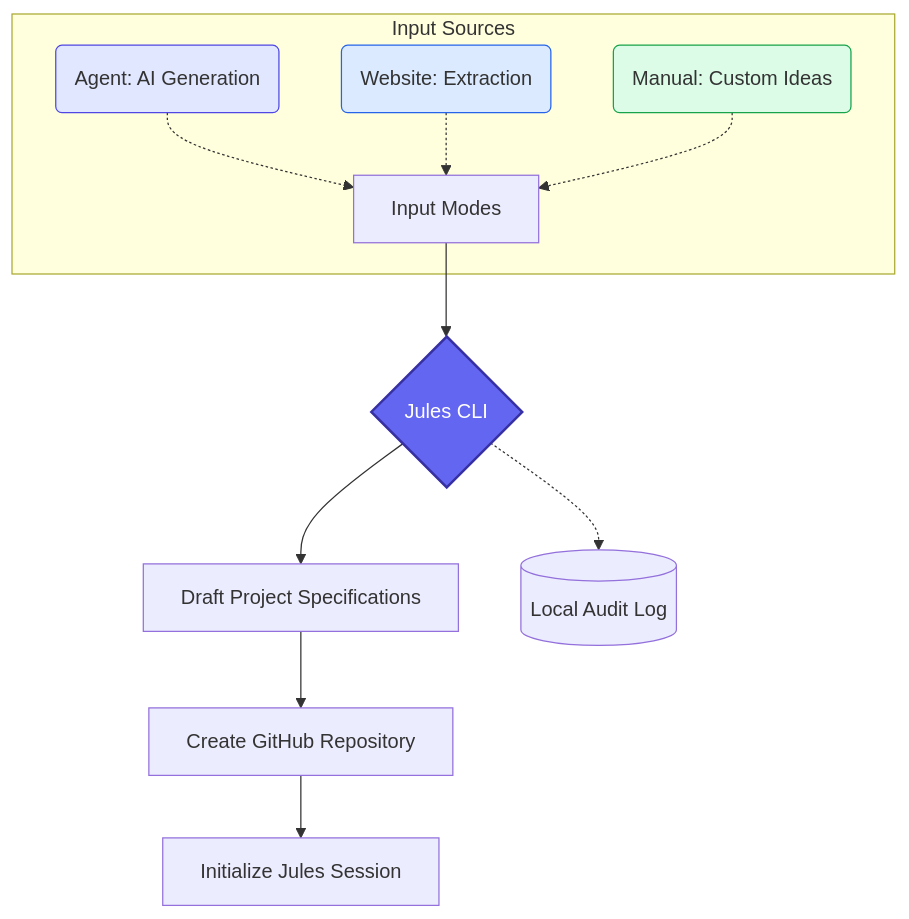
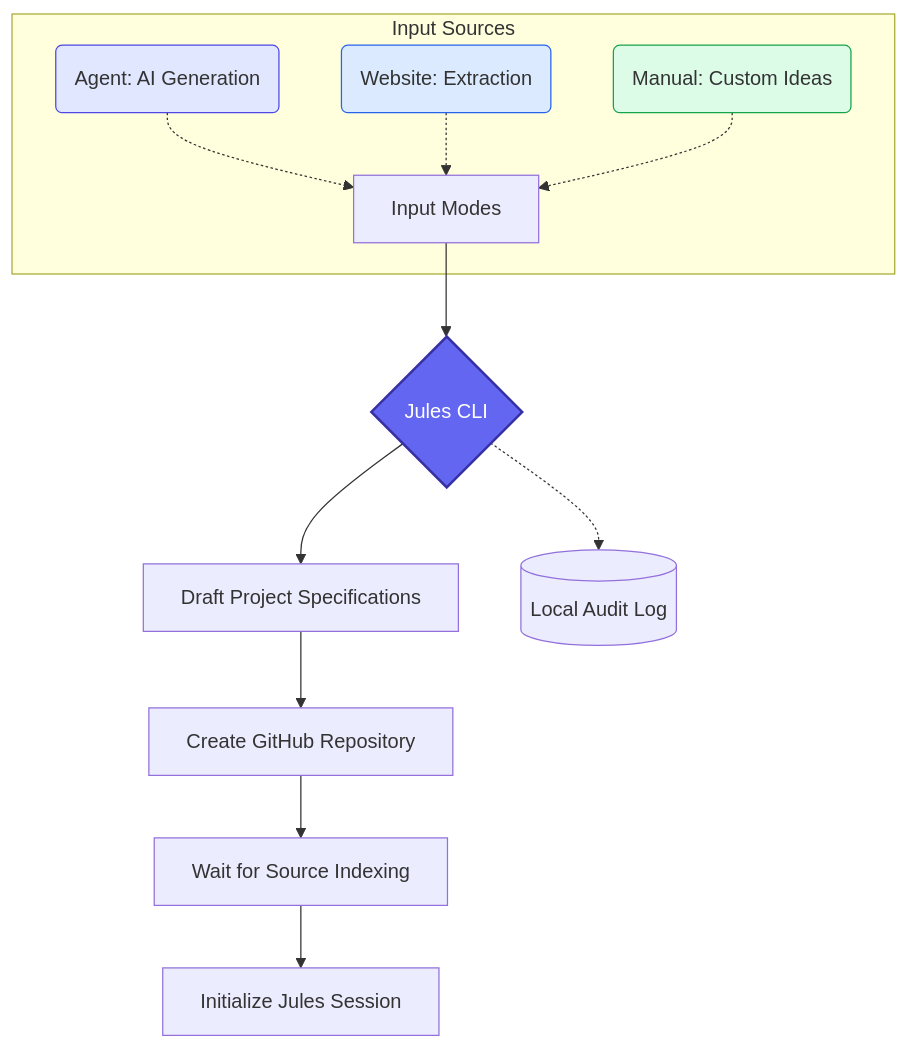
The diagram in README.md (julesjewels-ai/jules-idea-automation), drawn with Mermaid before and after one commit. The commit also changed other lines of this file, not shown here.

Commit message:
docs: Expand README with detailed features, usage, tech stack, getting started, and architecture sections, and update the title.

````diff
--- a/README.md
+++ b/README.md
@@ -22,21 +62,22 @@
 ```mermaid
 flowchart TD
     A[Input Modes] --> B{Jules CLI}
-    
+
     subgraph Input Sources
     A1(Agent: AI Generation) -.-> A
     A2(Website: Extraction) -.-> A
     A3(Manual: Custom Ideas) -.-> A
     end
 
     B --> C[Draft Project Specifications]
     C --> D[Create GitHub Repository]
-    D --> E[Initialize Jules Session]
-    
-    B -.-> F[(Local Audit Log)]
-    
+    D --> E[Wait for Source Indexing]
+    E --> F[Initialize Jules Session]
+
+    B -.-> G[(Local Audit Log)]
+
     style B fill:#6366f1,stroke:#3730a3,stroke-width:2px,color:#fff
     style A1 fill:#e0e7ff,stroke:#4f46e5,color:#333
     style A2 fill:#dbeafe,stroke:#2563eb,color:#333
     style A3 fill:#dcfce7,stroke:#16a34a,color:#333
 ```
````
